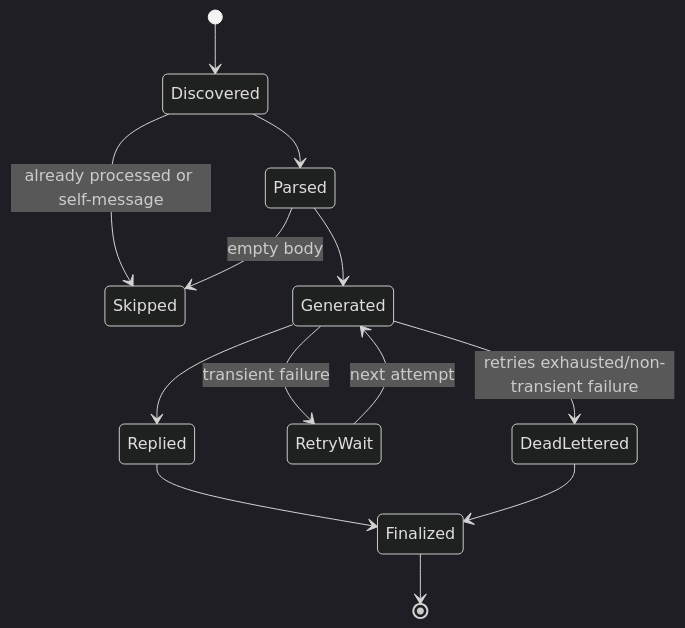
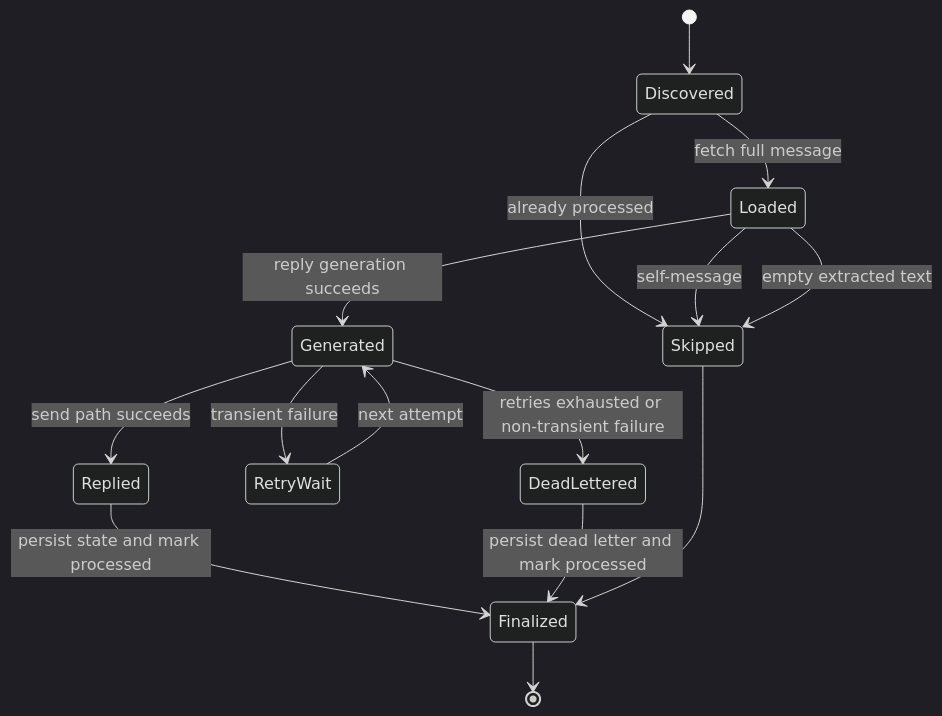
One commit to LunarMothStudios/Canna-Mailroom changed the fourth of 4 diagrams in docs/runtime-and-pipeline.md. Above: the diagram before and after it, drawn with Mermaid (dark theme). The commit also changed other lines of this file and 16 other files, not shown here.

````diff
--- a/docs/runtime-and-pipeline.md
+++ b/docs/runtime-and-pipeline.md
@@ -101,15 +166,17 @@
 ```mermaid
 stateDiagram-v2
     [*] --> Discovered
-    Discovered --> Skipped: already processed or self-message
-    Discovered --> Parsed
-    Parsed --> Skipped: empty body
-    Parsed --> Generated
-    Generated --> Replied
+    Discovered --> Skipped: already processed
+    Discovered --> Loaded: fetch full message
+    Loaded --> Skipped: self-message
+    Loaded --> Skipped: empty extracted text
+    Loaded --> Generated: reply generation succeeds
+    Generated --> Replied: send path succeeds
     Generated --> RetryWait: transient failure
     RetryWait --> Generated: next attempt
-    Generated --> DeadLettered: retries exhausted/non-transient failure
-    Replied --> Finalized
-    DeadLettered --> Finalized
+    Generated --> DeadLettered: retries exhausted or non-transient failure
+    Replied --> Finalized: persist state and mark processed
+    DeadLettered --> Finalized: persist dead letter and mark processed
+    Skipped --> Finalized
     Finalized --> [*]
 ```
````
